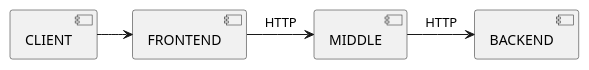
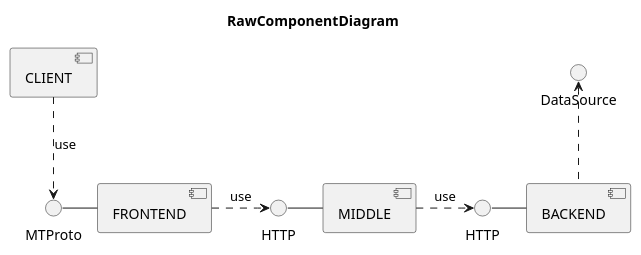
One commit to gpb-it-factory/gudkov-telegram-bot changed the diagram in component_diagram.puml. Above: the diagram before and after it, drawn with PlantUML. The commit also changed 2 other files, not shown here.

```diff
--- a/component_diagram.puml
+++ b/component_diagram.puml
@@ -1,6 +1,16 @@
 @startuml
+title RawComponentDiagram
 skinparam backgroundColor #FFFFFF
-[CLIENT] -> [FRONTEND]
-[FRONTEND] -> [MIDDLE]: HTTP
-[MIDDLE] -> [BACKEND]: HTTP
+component CLIENT
+component FRONTEND
+component MIDDLE
+component BACKEND
+interface "HTTP" as proto
+CLIENT ..> MTProto : use
+MTProto - FRONTEND
+FRONTEND .> HTTP : use
+HTTP - MIDDLE
+MIDDLE .> proto : use
+proto - BACKEND
+BACKEND -u.> DataSource
 @enduml
```
